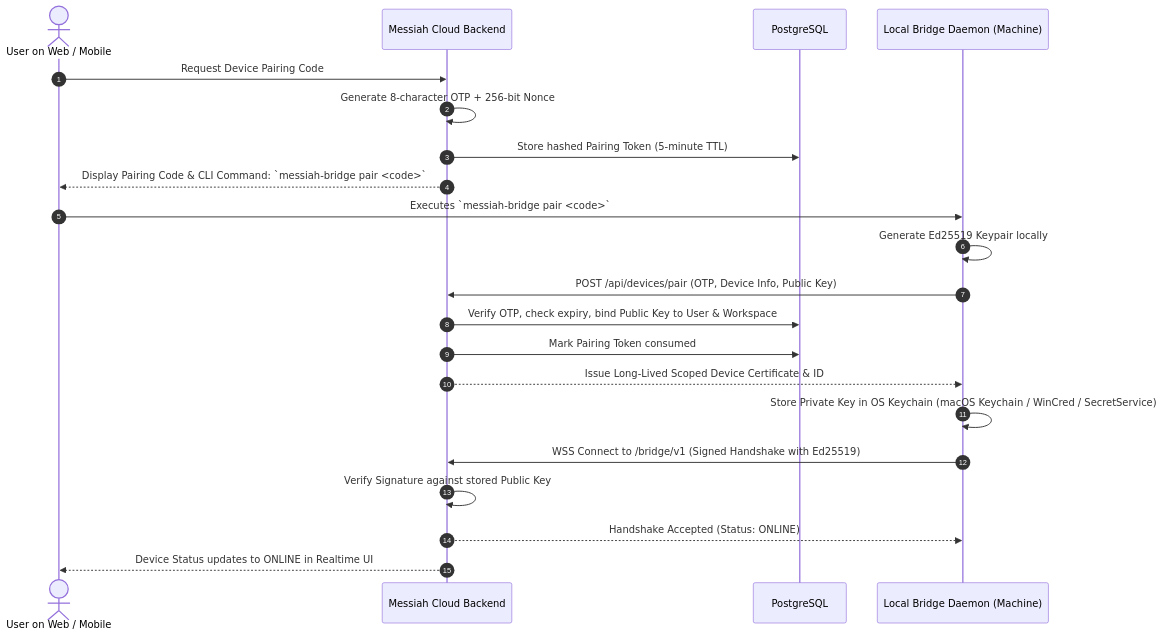
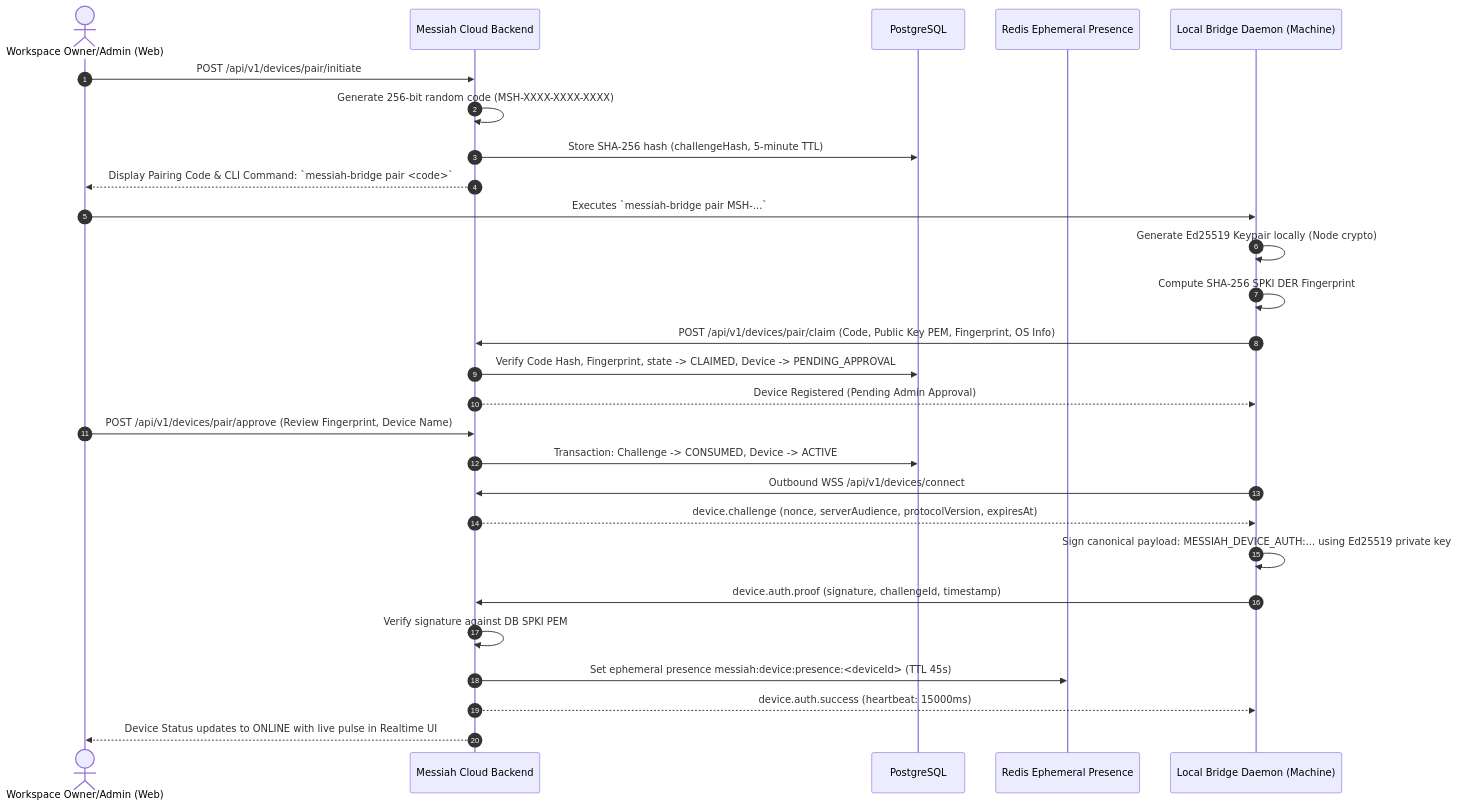
The second of 4 diagrams in docs/ARCHITECTURE.md (rishaan007/messiah), drawn with Mermaid before and after one commit. The commit also changed other lines of this file and 42 other files, not shown here.

Commit message:
feat(phase-4a): complete Bridge foundation and secure device connectivity

````diff
--- a/docs/ARCHITECTURE.md
+++ b/docs/ARCHITECTURE.md
@@ -304,26 +304,33 @@
 ```mermaid
 sequenceDiagram
     autonumber
-    actor User as User on Web / Mobile
+    actor Admin as Workspace Owner/Admin (Web)
     participant Backend as Messiah Cloud Backend
     participant DB as PostgreSQL
+    participant Redis as Redis Ephemeral Presence
     participant Daemon as Local Bridge Daemon (Machine)
 
-    User->>Backend: Request Device Pairing Code
-    Backend->>Backend: Generate 8-character OTP + 256-bit Nonce
-    Backend->>DB: Store hashed Pairing Token (5-minute TTL)
-    Backend-->>User: Display Pairing Code & CLI Command: `messiah-bridge pair <code>`
+    Admin->>Backend: POST /api/v1/devices/pair/initiate
+    Backend->>Backend: Generate 256-bit random code (MSH-XXXX-XXXX-XXXX)
+    Backend->>DB: Store SHA-256 hash (challengeHash, 5-minute TTL)
+    Backend-->>Admin: Display Pairing Code & CLI Command: `messiah-bridge pair <code>`
 
-    User->>Daemon: Executes `messiah-bridge pair <code>`
-    Daemon->>Daemon: Generate Ed25519 Keypair locally
-    Daemon->>Backend: POST /api/devices/pair (OTP, Device Info, Public Key)
-    Backend->>DB: Verify OTP, check expiry, bind Public Key to User & Workspace
-    Backend->>DB: Mark Pairing Token consumed
-    Backend-->>Daemon: Issue Long-Lived Scoped Device Certificate & ID
-    Daemon->>Daemon: Store Private Key in OS Keychain (macOS Keychain / WinCred / SecretService)
+    Admin->>Daemon: Executes `messiah-bridge pair MSH-...`
+    Daemon->>Daemon: Generate Ed25519 Keypair locally (Node crypto)
+    Daemon->>Daemon: Compute SHA-256 SPKI DER Fingerprint
+    Daemon->>Backend: POST /api/v1/devices/pair/claim (Code, Public Key PEM, Fingerprint, OS Info)
+    Backend->>DB: Verify Code Hash, Fingerprint, state -> CLAIMED, Device -> PENDING_APPROVAL
+    Backend-->>Daemon: Device Registered (Pending Admin Approval)
 
-    Daemon->>Backend: WSS Connect to /bridge/v1 (Signed Handshake with Ed25519)
-    Backend->>Backend: Verify Signature against stored Public Key
-    Backend-->>Daemon: Handshake Accepted (Status: ONLINE)
-    Backend-->>User: Device Status updates to ONLINE in Realtime UI
+    Admin->>Backend: POST /api/v1/devices/pair/approve (Review Fingerprint, Device Name)
+    Backend->>DB: Transaction: Challenge -> CONSUMED, Device -> ACTIVE
+
+    Daemon->>Backend: Outbound WSS /api/v1/devices/connect
+    Backend-->>Daemon: device.challenge (nonce, serverAudience, protocolVersion, expiresAt)
+    Daemon->>Daemon: Sign canonical payload: MESSIAH_DEVICE_AUTH:... using Ed25519 private key
+    Daemon->>Backend: device.auth.proof (signature, challengeId, timestamp)
+    Backend->>Backend: Verify signature against DB SPKI PEM
+    Backend->>Redis: Set ephemeral presence messiah:device:presence:<deviceId> (TTL 45s)
+    Backend-->>Daemon: device.auth.success (heartbeat: 15000ms)
+    Backend-->>Admin: Device Status updates to ONLINE with live pulse in Realtime UI
 ```
````
